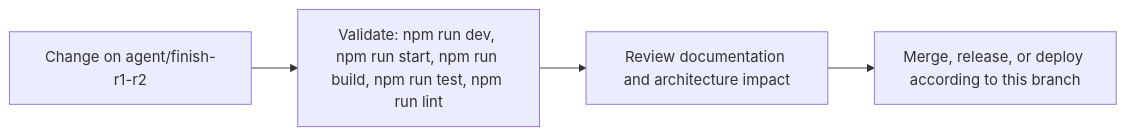
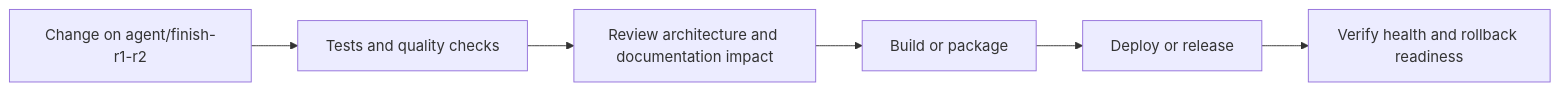
Before and after one commit to Nischhalsubba/BindForge-NW: the fifth of 6 diagrams in README.md, drawn with Mermaid. The commit also changed other lines of this file, not shown here.

````diff
--- a/README.md
+++ b/README.md
@@ -82,8 +177,8 @@
 ```mermaid
 flowchart LR
-    CHANGE["Change on agent/finish-r1-r2"]
-    CHECK["Validate: npm run dev, npm run start, npm run build, npm run test, npm run lint"]
-    REVIEW["Review documentation and architecture impact"]
-    RELEASE["Merge, release, or deploy according to this branch"]
-    CHANGE --> CHECK --> REVIEW --> RELEASE
+    CHANGE["Change on agent/finish-r1-r2"] --> CHECK["Tests and quality checks"]
+    CHECK --> REVIEW["Review architecture and documentation impact"]
+    REVIEW --> BUILD["Build or package"]
+    BUILD --> DEPLOY["Deploy or release"]
+    DEPLOY --> VERIFY["Verify health and rollback readiness"]
 ```
````
